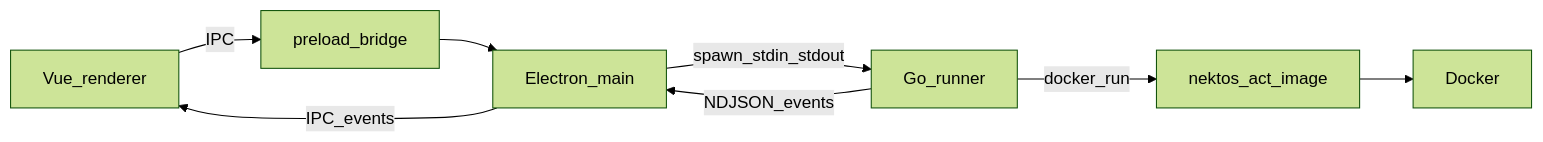
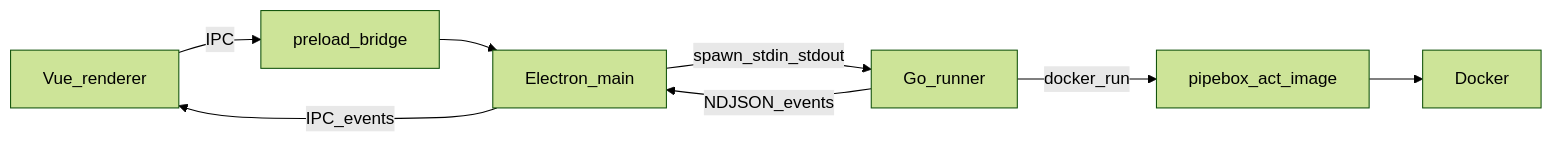
One commit to MaxiGarcia13/pipebox changed the diagram in README.md. Above: the diagram before and after it, drawn with Mermaid (forest theme). The commit also changed other lines of this file and 2 other files, not shown here.

````diff
--- a/README.md
+++ b/README.md
@@ -81,10 +81,10 @@
 ```mermaid
 flowchart LR
   Vue[Vue_renderer] -->|IPC| Preload[preload_bridge]
   Preload --> Main[Electron_main]
   Main -->|spawn_stdin_stdout| Runner[Go_runner]
-  Runner -->|docker_run| ActImage[nektos_act_image]
+  Runner -->|docker_run| ActImage[pipebox_act_image]
   ActImage --> Docker[Docker]
   Runner -->|NDJSON_events| Main
   Main -->|IPC_events| Vue
 ```
````
